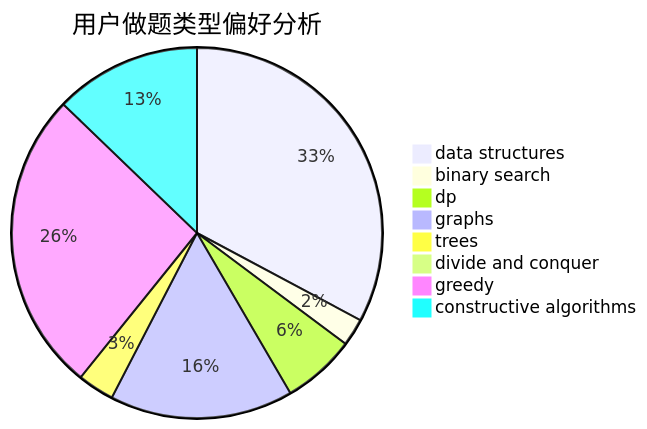
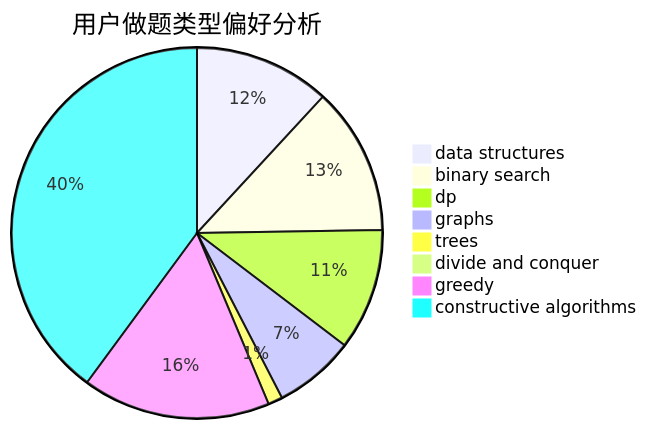
One commit to sherpahu/cfrs.github.io changed the second of 3 diagrams in docs/user/u1200.md. Above: the diagram before and after it, drawn with Mermaid. The commit also changed other lines of this file and 2770 other files, not shown here.

````diff
--- a/docs/user/u1200.md
+++ b/docs/user/u1200.md
@@ -23,11 +23,11 @@
 ```mermaid
 pie title 用户做题类型偏好分析
-    "data structures" :  41
-    "binary search" :  3
-    "dp" :  8
-    "graphs" :  20
-    "trees" :  4
+    "data structures" :  47
+    "binary search" :  51
+    "dp" :  42
+    "graphs" :  28
+    "trees" :  5
     "divide and conquer" :  0
-    "greedy" :  33
-    "constructive algorithms" :  16
+    "greedy" :  65
+    "constructive algorithms" :  158
 ```
````
